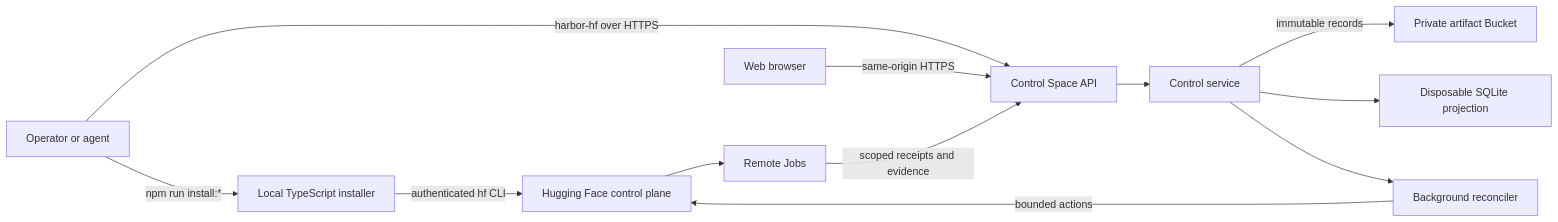
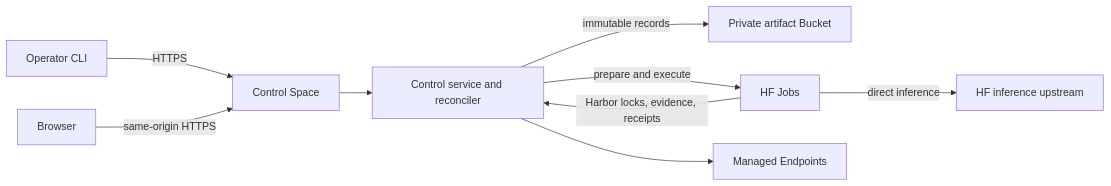
The diagram in README.md (huggingface/harbor-hf), drawn with Mermaid before and after one commit. The commit also changed other lines of this file and 234 other files, not shown here.

````diff
--- a/README.md
+++ b/README.md
@@ -24,14 +84,11 @@
 ```mermaid
 flowchart LR
-    A[Operator or agent] -->|npm run install:*| I[Local TypeScript installer]
-    I -->|authenticated hf CLI| H[Hugging Face control plane]
-    A -->|harbor-hf over HTTPS| API[Control Space API]
-    B[Web browser] -->|same-origin HTTPS| API
-    API --> C[Control service]
+    O[Operator CLI] -->|HTTPS| S[Control Space]
+    B[Browser] -->|same-origin HTTPS| S
+    S --> C[Control service and reconciler]
     C -->|immutable records| K[Private artifact Bucket]
-    C --> P[Disposable SQLite projection]
-    C --> R[Background reconciler]
-    R -->|bounded actions| H
-    H --> W[Remote Jobs]
-    W -->|scoped receipts and evidence| API
+    C -->|prepare and execute| J[HF Jobs]
+    J -->|Harbor locks, evidence, receipts| C
+    J -->|direct inference| I[HF inference upstream]
+    C --> E[Managed Endpoints]
 ```
````
